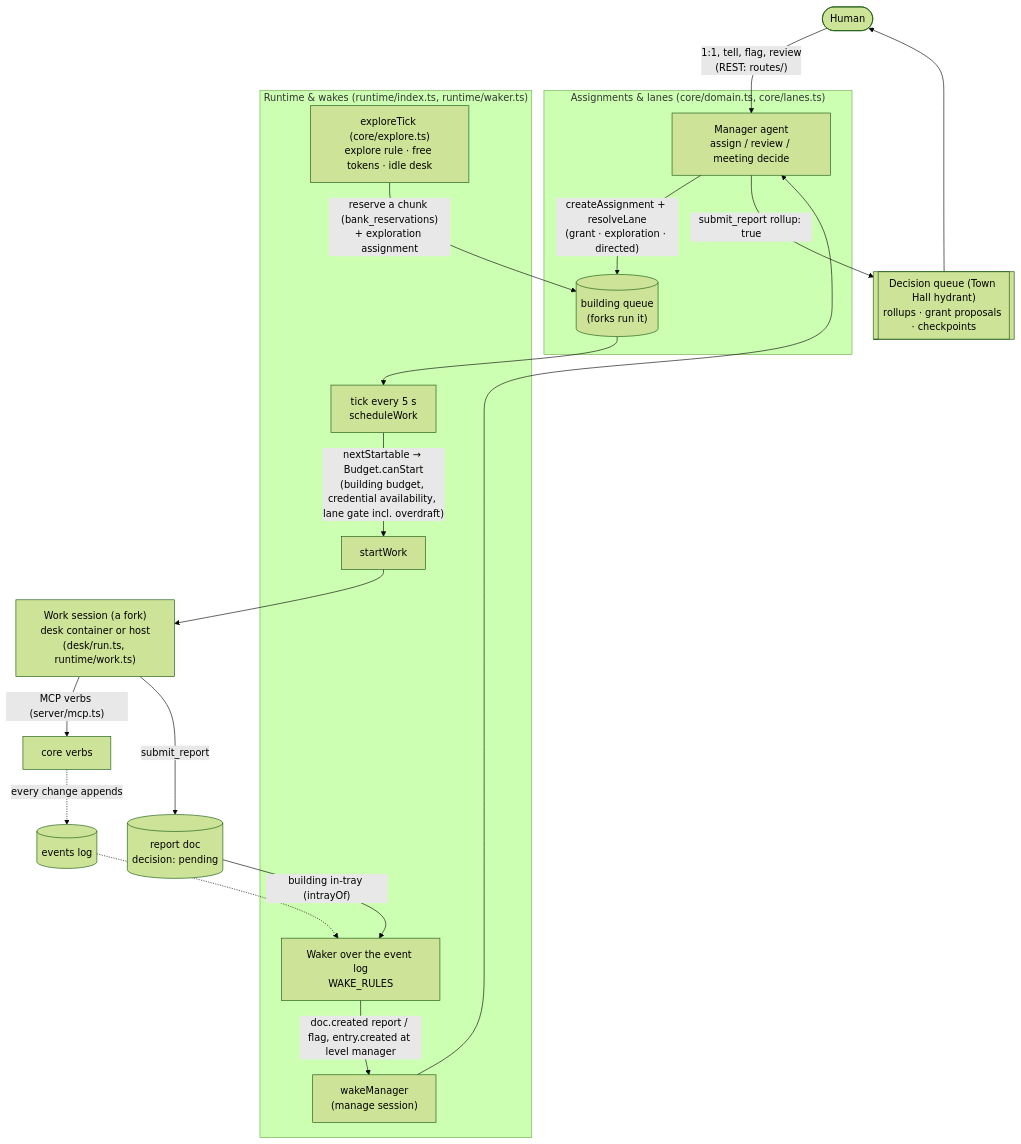
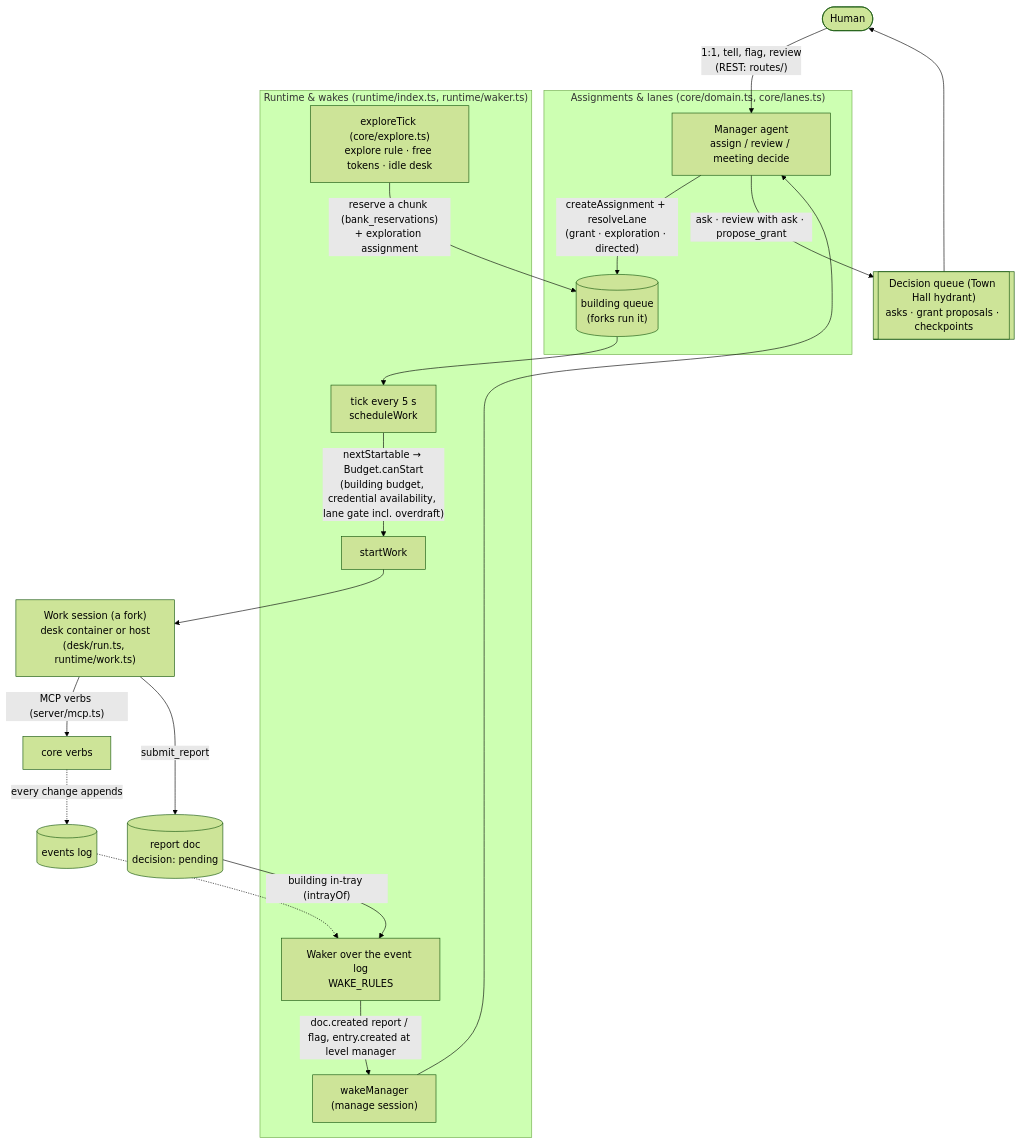
Before and after one commit to mitchellgordon95/muster-town: the first of 2 diagrams in docs/architecture.md, drawn with Mermaid (forest theme). The commit also changed other lines of this file and 72 other files, not shown here.

````diff
--- a/docs/architecture.md
+++ b/docs/architecture.md
@@ -37,22 +37,22 @@
 ```mermaid
 flowchart TD
   human([Human]) -->|"1:1, tell, flag, review<br/>(REST: routes/)"| mgr
   subgraph assign["Assignments & lanes (core/domain.ts, core/lanes.ts)"]
     mgr["Manager agent<br/>assign / review / meeting decide"] -->|"createAssignment + resolveLane<br/>(grant · exploration · directed)"| queue[("building queue<br/>(forks run it)")]
   end
   subgraph rt["Runtime & wakes (runtime/index.ts, runtime/waker.ts)"]
     tick["tick every 5 s<br/>scheduleWork"] -->|"nextStartable → Budget.canStart<br/>(building budget, credential availability, lane gate incl. overdraft)"| start["startWork"]
     explore["exploreTick (core/explore.ts)<br/>explore rule · free tokens · idle desk"] -->|"reserve a chunk (bank_reservations)<br/>+ exploration assignment"| queue
     waker["Waker over the event log<br/>WAKE_RULES"] -->|"doc.created report / flag, entry.created at level manager"| wm["wakeManager<br/>(manage session)"]
   end
   queue --> tick
   start --> session["Work session (a fork)<br/>desk container or host<br/>(desk/run.ts, runtime/work.ts)"]
   session -->|"MCP verbs (server/mcp.ts)"| verbs["core verbs"]
   session -->|"submit_report"| report[("report doc<br/>decision: pending")]
   report -->|"building in-tray (intrayOf)"| waker
   wm --> mgr
-  mgr -->|"submit_report rollup: true"| townhall[["Decision queue (Town Hall hydrant)<br/>rollups · grant proposals · checkpoints"]]
+  mgr -->|"ask · review with ask · propose_grant"| townhall[["Decision queue (Town Hall hydrant)<br/>asks · grant proposals · checkpoints"]]
   townhall --> human
   verbs -.->|"every change appends"| events[("events log")]
   events -.-> waker
 ```
````
